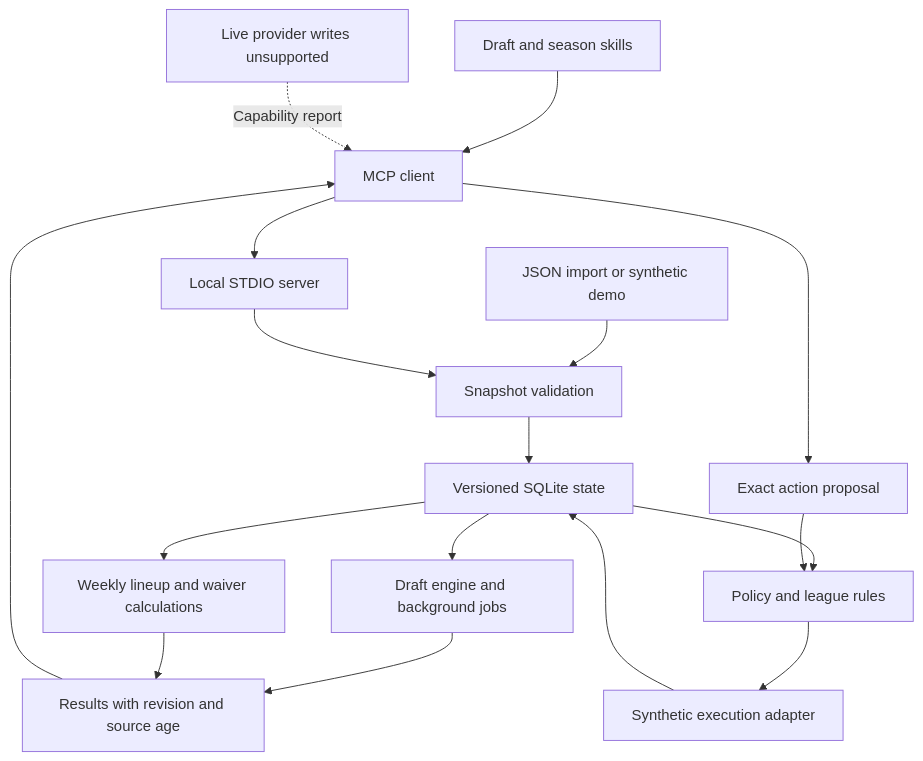
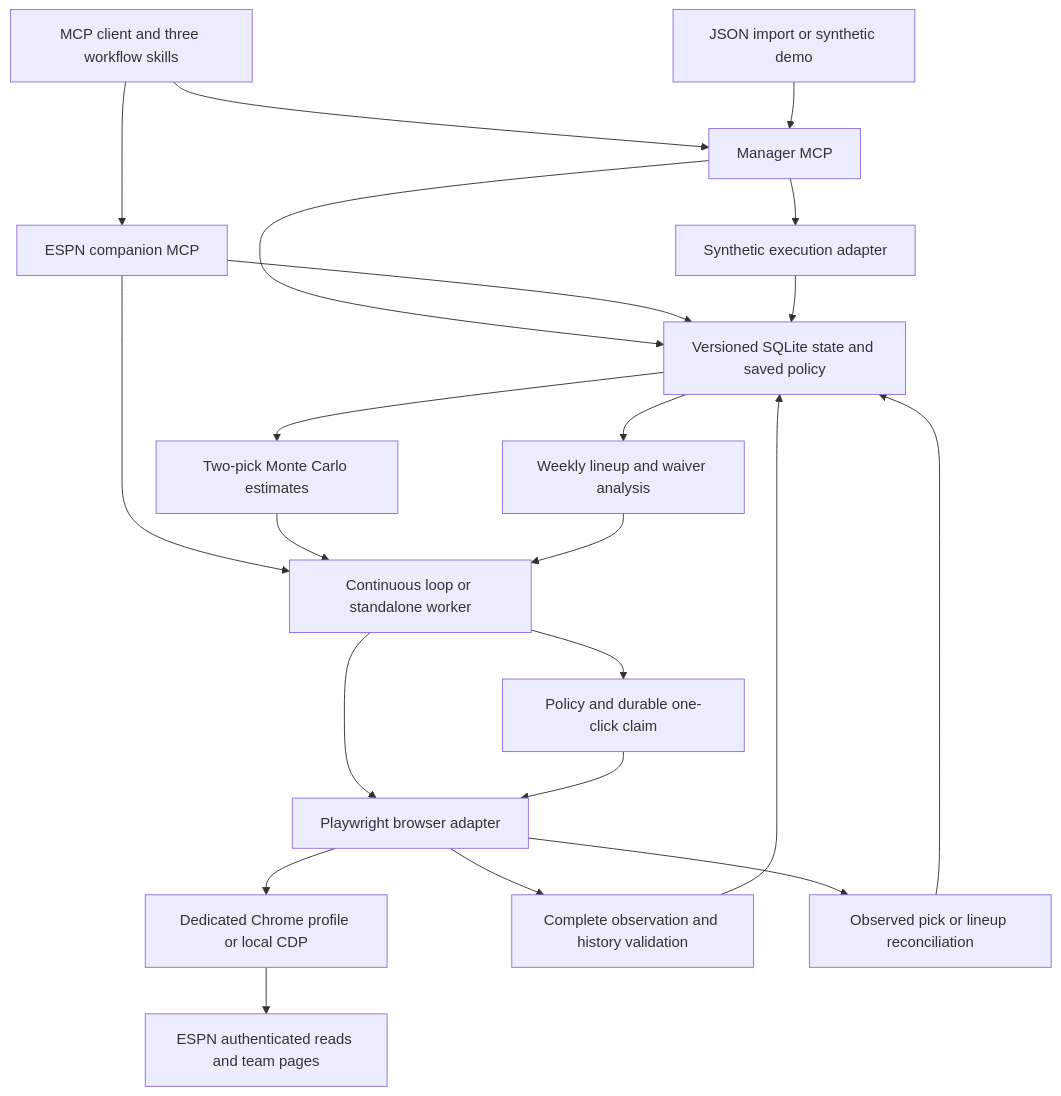
One commit to krmisystems/fantasy-football-manager changed the first of 2 diagrams in docs/ARCHITECTURE.md. Above: the diagram before and after it, drawn with Mermaid. The commit also changed other lines of this file and 48 other files, not shown here.

Commit message:
Add ESPN MCP draft and lineup automation with persistent verification

````diff
--- a/docs/ARCHITECTURE.md
+++ b/docs/ARCHITECTURE.md
@@ -6,19 +7,24 @@
 ```mermaid
 flowchart TD
-    Client[MCP client] --> Server[Local STDIO server]
-    Skills[Draft and season skills] --> Client
-    Import[JSON import or synthetic demo] --> Validate[Snapshot validation]
-    Server --> Validate
-    Validate --> Store[Versioned SQLite state]
-    Store --> Draft[Draft engine and background jobs]
-    Store --> Season[Weekly lineup and waiver calculations]
-    Draft --> Results[Results with revision and source age]
-    Season --> Results
-    Results --> Client
-    Client --> Proposal[Exact action proposal]
-    Store --> Policy[Policy and league rules]
-    Proposal --> Policy
-    Policy --> Demo[Synthetic execution adapter]
+    Client[MCP client and three workflow skills] --> Manager[Manager MCP]
+    Client --> ESPN[ESPN companion MCP]
+    Import[JSON import or synthetic demo] --> Manager
+    Manager --> Store[Versioned SQLite state and saved policy]
+    ESPN --> Store
+    ESPN --> Worker[Continuous loop or standalone worker]
+    Worker --> Browser[Playwright browser adapter]
+    Browser --> Chrome[Dedicated Chrome profile or local CDP]
+    Chrome --> Platform[ESPN authenticated reads and team pages]
+    Browser --> Validate[Complete observation and history validation]
+    Validate --> Store
+    Store --> Draft[Two-pick Monte Carlo estimates]
+    Store --> Season[Weekly lineup and waiver analysis]
+    Draft --> Worker
+    Season --> Worker
+    Worker --> Claim[Policy and durable one-click claim]
+    Claim --> Browser
+    Browser --> Reconcile[Observed pick or lineup reconciliation]
+    Reconcile --> Store
+    Manager --> Demo[Synthetic execution adapter]
     Demo --> Store
-    Missing[Live provider writes unsupported] -. Capability report .-> Client
 ```
````
